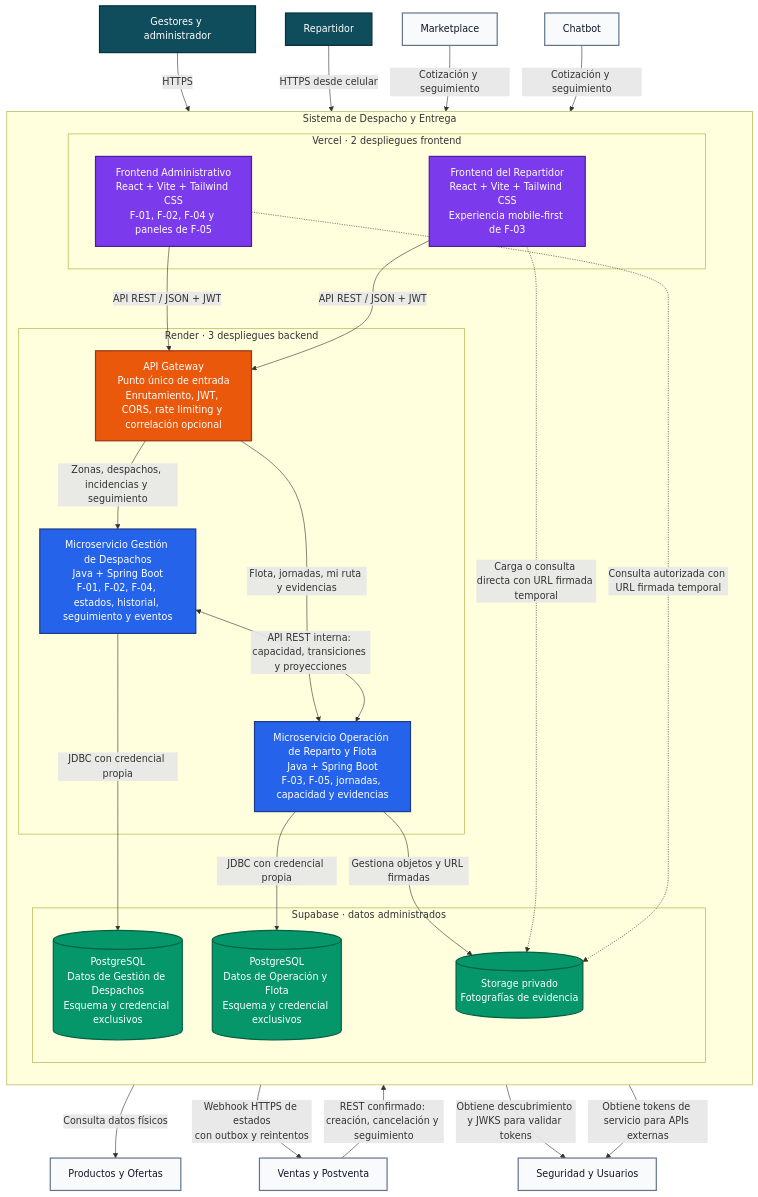
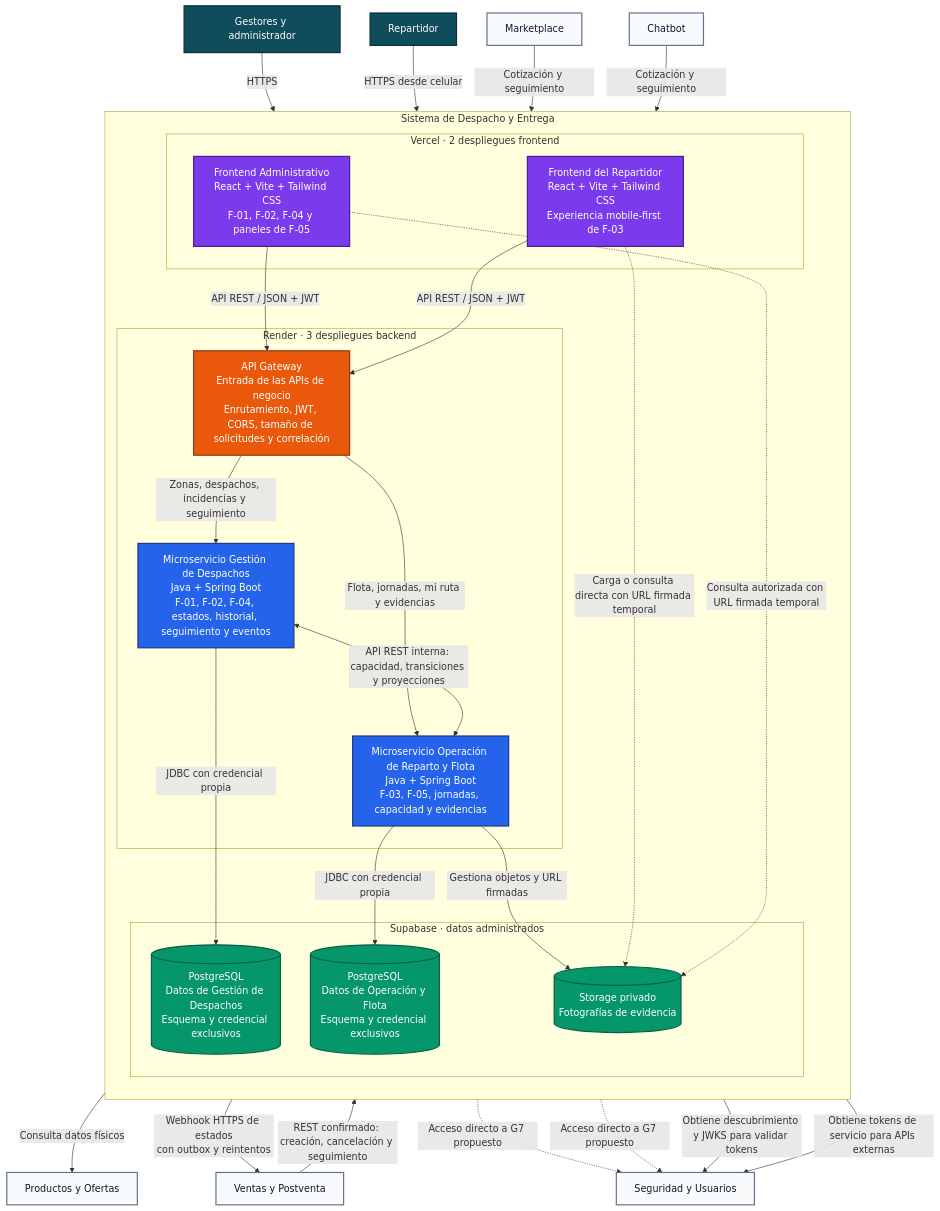
One commit to Taller-SW-Web/G2-Despacho-Specs changed the diagram in arquitectura/c4-contenedores.md. Above: the diagram before and after it, drawn with Mermaid. The commit also changed other lines of this file and 4 other files, not shown here.

Commit message:
docs(gateway): definir políticas del API Managament

````diff
--- a/arquitectura/c4-contenedores.md
+++ b/arquitectura/c4-contenedores.md
@@ -9,65 +11,67 @@
 ```mermaid
 flowchart TB
     classDef frontend fill:#7C3AED,color:#FFFFFF,stroke:#4C1D95,stroke-width:2px
     classDef gateway fill:#EA580C,color:#FFFFFF,stroke:#9A3412,stroke-width:2px
     classDef servicio fill:#2563EB,color:#FFFFFF,stroke:#1E3A8A,stroke-width:2px
     classDef datos fill:#059669,color:#FFFFFF,stroke:#065F46,stroke-width:2px
     classDef externo fill:#F8FAFC,color:#0F172A,stroke:#64748B,stroke-width:2px
     classDef persona fill:#0F4C5C,color:#FFFFFF,stroke:#08313B,stroke-width:2px
 
     GESTORES["Gestores y administrador"]:::persona
     REPARTIDOR["Repartidor"]:::persona
 
     subgraph SISTEMA["Sistema de Despacho y Entrega"]
         direction TB
 
         subgraph VERCEL["Vercel · 2 despliegues frontend"]
             FA["Frontend Administrativo<br/>React + Vite + Tailwind CSS<br/>F-01, F-02, F-04 y paneles de F-05"]:::frontend
             FR["Frontend del Repartidor<br/>React + Vite + Tailwind CSS<br/>Experiencia mobile-first de F-03"]:::frontend
         end
 
         subgraph RENDER["Render · 3 despliegues backend"]
-            GW["API Gateway<br/>Punto único de entrada<br/>Enrutamiento, JWT, CORS, rate limiting y correlación opcional"]:::gateway
+            GW["API Gateway<br/>Entrada de las APIs de negocio<br/>Enrutamiento, JWT, CORS, tamaño de solicitudes y correlación"]:::gateway
             MD["Microservicio Gestión de Despachos<br/>Java + Spring Boot<br/>F-01, F-02, F-04, estados, historial, seguimiento y eventos"]:::servicio
             MR["Microservicio Operación de Reparto y Flota<br/>Java + Spring Boot<br/>F-03, F-05, jornadas, capacidad y evidencias"]:::servicio
         end
 
         subgraph SUPABASE["Supabase · datos administrados"]
             BDG[("PostgreSQL<br/>Datos de Gestión de Despachos<br/>Esquema y credencial exclusivos")]:::datos
             BDR[("PostgreSQL<br/>Datos de Operación y Flota<br/>Esquema y credencial exclusivos")]:::datos
             OBJ[("Storage privado<br/>Fotografías de evidencia")]:::datos
         end
 
     end
 
     MKT["Marketplace"]:::externo
     CHT["Chatbot"]:::externo
     VEN["Ventas y Postventa"]:::externo
     PRO["Productos y Ofertas"]:::externo
     SEG["Seguridad y Usuarios"]:::externo
 
     GESTORES -->|"HTTPS"| FA
     REPARTIDOR -->|"HTTPS desde celular"| FR
     FA -->|"API REST / JSON + JWT"| GW
     FR -->|"API REST / JSON + JWT"| GW
 
     MKT -->|"Cotización y seguimiento"| GW
     CHT -->|"Cotización y seguimiento"| GW
     VEN -->|"REST confirmado: creación, cancelación y seguimiento"| GW
 
     GW -->|"Zonas, despachos, incidencias y seguimiento"| MD
     GW -->|"Flota, jornadas, mi ruta y evidencias"| MR
 
     MD <-->|"API REST interna: capacidad, transiciones y proyecciones"| MR
 
     MD -->|"JDBC con credencial propia"| BDG
     MR -->|"JDBC con credencial propia"| BDR
     MR -->|"Gestiona objetos y URL firmadas"| OBJ
     FR -.->|"Carga o consulta directa con URL firmada temporal"| OBJ
     FA -.->|"Consulta autorizada con URL firmada temporal"| OBJ
 
     MD -->|"Consulta datos físicos"| PRO
     MD -->|"Webhook HTTPS de estados<br/>con outbox y reintentos"| VEN
+    FA -.->|"Acceso directo a G7 propuesto"| SEG
+    FR -.->|"Acceso directo a G7 propuesto"| SEG
     GW -->|"Obtiene descubrimiento y JWKS para validar tokens"| SEG
     MD -->|"Obtiene tokens de servicio para APIs externas"| SEG
 ```
````
